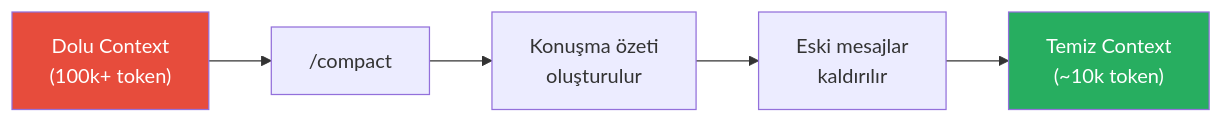
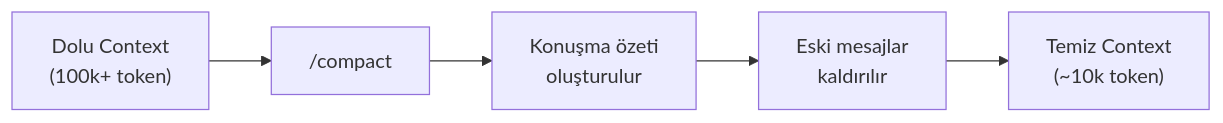
The second of 4 diagrams in 21-sorun-giderme/02-context-window-sorunlari.md (IzzetYasinAtes/ClaudeCodeHandbook), drawn with Mermaid before and after one commit. The commit also changed other lines of this file and 97 other files, not shown here.

Commit message:
Remove all custom Mermaid style/fill colors from 98 markdown files for consistent dark theme rendering

````diff
--- a/21-sorun-giderme/02-context-window-sorunlari.md
+++ b/21-sorun-giderme/02-context-window-sorunlari.md
@@ -71,10 +67,8 @@
 ```mermaid
 flowchart LR
     A["Dolu Context<br/>(100k+ token)"] --> B["/compact"]
     B --> C["Konuşma özeti<br/>oluşturulur"]
     C --> D["Eski mesajlar<br/>kaldırılır"]
     D --> E["Temiz Context<br/>(~10k token)"]
 
-    style A fill:#E74C3C,color:#fff
-    style E fill:#27AE60,color:#fff
 ```
````
